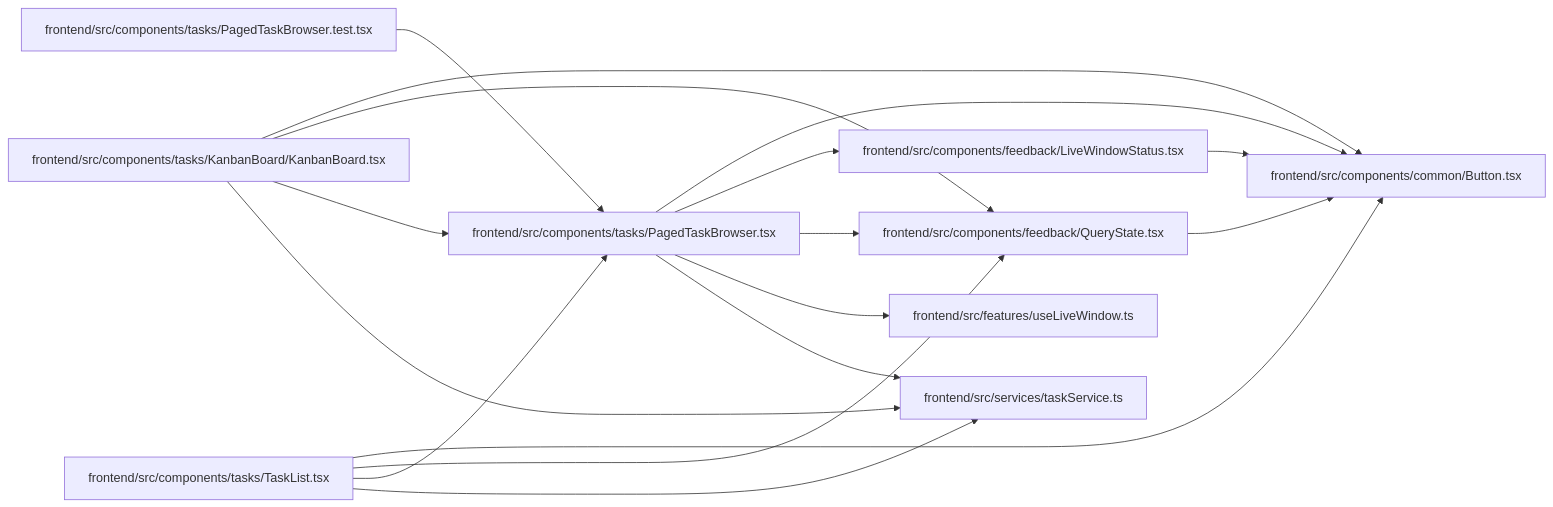
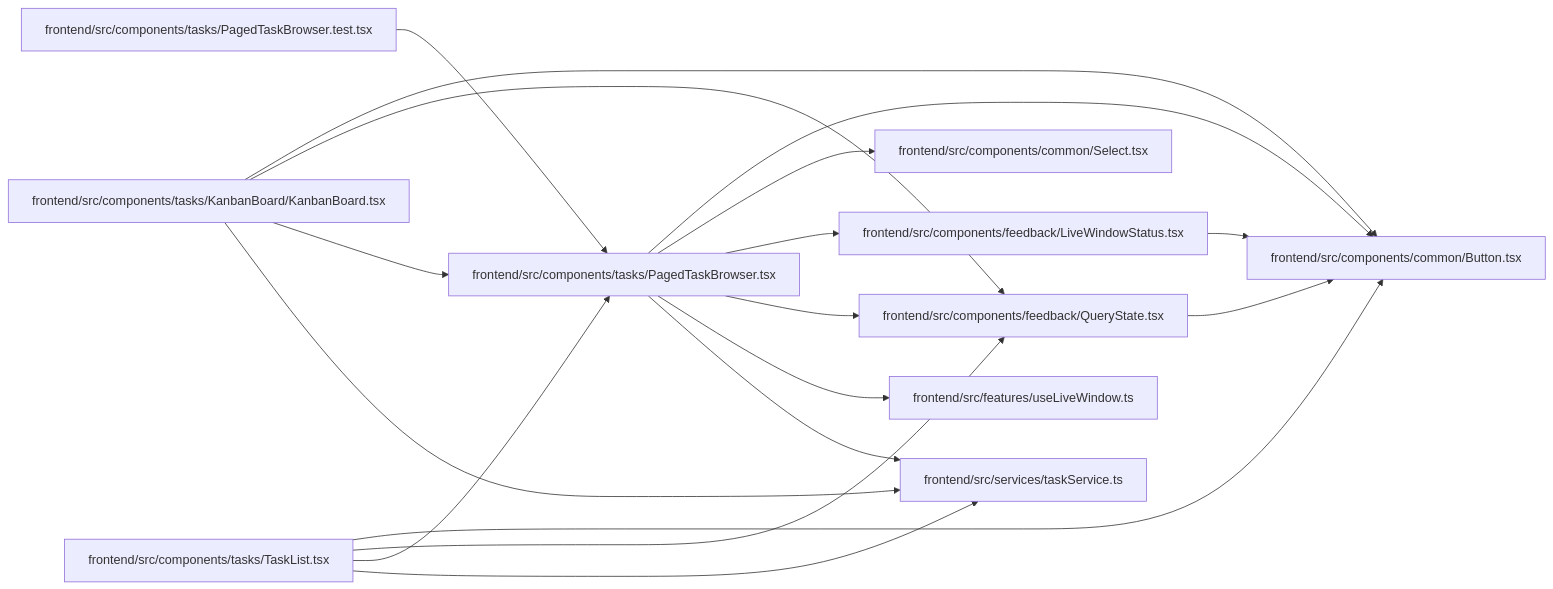
One commit to Denissvgn/WorkChord changed the diagram in docs/llm_wiki/modules/PagedTaskBrowser.md. Above: the diagram before and after it, drawn with Mermaid. The commit also changed other lines of this file and 2373 other files, not shown here.

````diff
--- a/docs/llm_wiki/modules/PagedTaskBrowser.md
+++ b/docs/llm_wiki/modules/PagedTaskBrowser.md
@@ -33,37 +34,40 @@
 ```mermaid
 flowchart LR
     n0["frontend/src/components/common/Button.tsx"]
-    n1["frontend/src/components/feedback/LiveWindowStatus.tsx"]
-    n2["frontend/src/components/feedback/QueryState.tsx"]
-    n3["frontend/src/components/tasks/KanbanBoard/KanbanBoard.tsx"]
-    n4["frontend/src/components/tasks/PagedTaskBrowser.test.tsx"]
-    n5["frontend/src/components/tasks/PagedTaskBrowser.tsx"]
-    n6["frontend/src/components/tasks/TaskList.tsx"]
-    n7["frontend/src/features/useLiveWindow.ts"]
-    n8["frontend/src/services/taskService.ts"]
-    n1 --> n0
+    n1["frontend/src/components/common/Select.tsx"]
+    n2["frontend/src/components/feedback/LiveWindowStatus.tsx"]
+    n3["frontend/src/components/feedback/QueryState.tsx"]
+    n4["frontend/src/components/tasks/KanbanBoard/KanbanBoard.tsx"]
+    n5["frontend/src/components/tasks/PagedTaskBrowser.test.tsx"]
+    n6["frontend/src/components/tasks/PagedTaskBrowser.tsx"]
+    n7["frontend/src/components/tasks/TaskList.tsx"]
+    n8["frontend/src/features/useLiveWindow.ts"]
+    n9["frontend/src/services/taskService.ts"]
     n2 --> n0
     n3 --> n0
-    n3 --> n2
-    n3 --> n5
-    n3 --> n8
-    n4 --> n5
-    n5 --> n0
-    n5 --> n1
-    n5 --> n2
-    n5 --> n7
-    n5 --> n8
+    n4 --> n0
+    n4 --> n3
+    n4 --> n6
+    n4 --> n9
+    n5 --> n6
     n6 --> n0
+    n6 --> n1
     n6 --> n2
-    n6 --> n5
+    n6 --> n3
     n6 --> n8
+    n6 --> n9
+    n7 --> n0
+    n7 --> n3
+    n7 --> n6
+    n7 --> n9
     click n0 "../modules/Button.md"
-    click n1 "../modules/LiveWindowStatus.md"
-    click n2 "../modules/QueryState.md"
-    click n3 "../modules/KanbanBoard.md"
-    click n4 "../modules/PagedTaskBrowser.test.md"
-    click n5 "../modules/PagedTaskBrowser.md"
-    click n6 "../modules/TaskList.md"
-    click n7 "../modules/useLiveWindow.md"
-    click n8 "../modules/taskService.md"
+    click n1 "../modules/Select.md"
+    click n2 "../modules/LiveWindowStatus.md"
+    click n3 "../modules/QueryState.md"
+    click n4 "../modules/KanbanBoard.md"
+    click n5 "../modules/PagedTaskBrowser.test.md"
+    click n6 "../modules/PagedTaskBrowser.md"
+    click n7 "../modules/TaskList.md"
+    click n8 "../modules/useLiveWindow.md"
+    click n9 "../modules/taskService.md"
 ```
````
